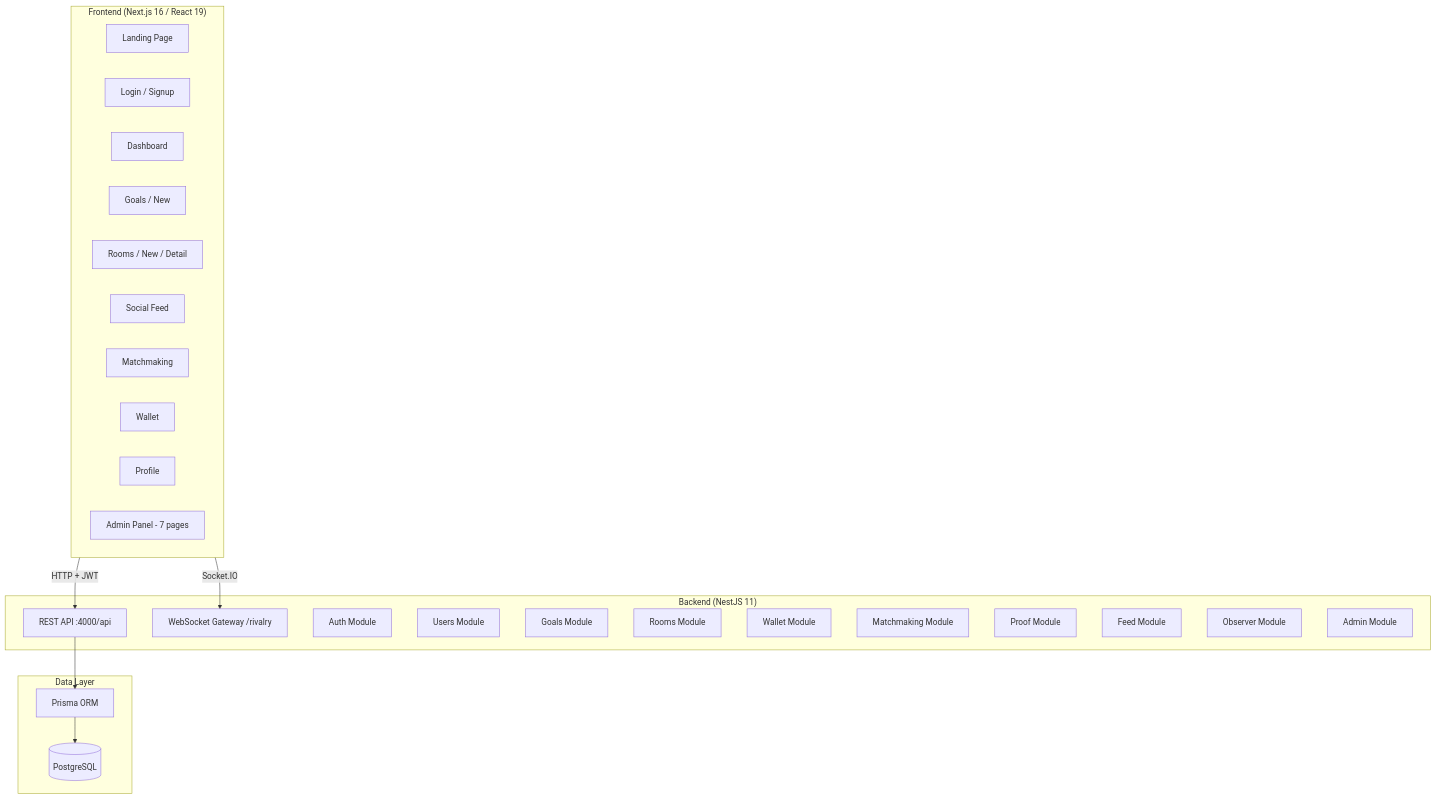
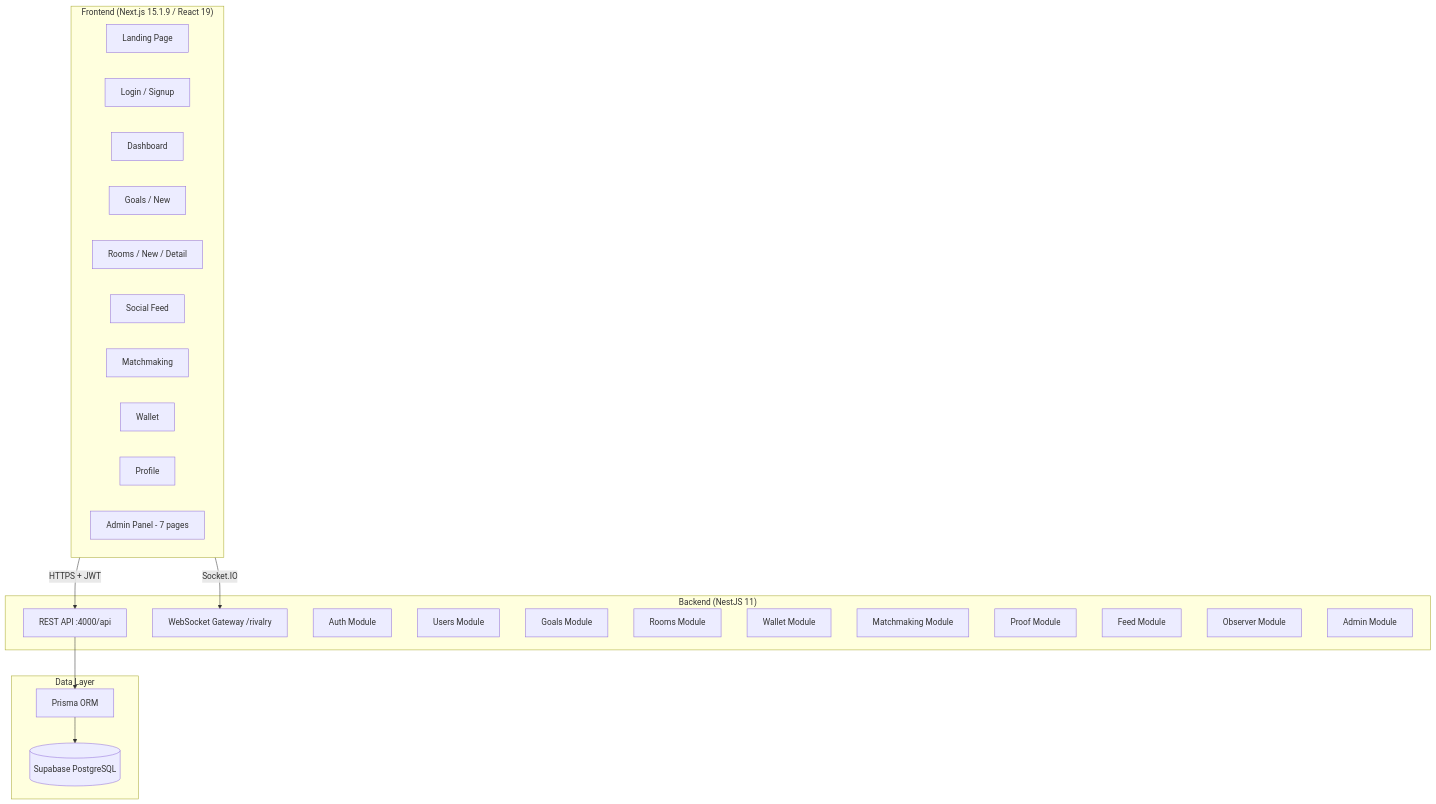
Before and after one commit to Fatihmaull/rivalry: the diagram in CODEBASE_ASSESSMENT.md, drawn with Mermaid. The commit also changed other lines of this file, not shown here.

````diff
--- a/CODEBASE_ASSESSMENT.md
+++ b/CODEBASE_ASSESSMENT.md
@@ -11,39 +37,39 @@
 ```mermaid
 graph TB
-    subgraph Frontend["Frontend (Next.js 16 / React 19)"]
+    subgraph Frontend["Frontend (Next.js 15.1.9 / React 19)"]
         LP[Landing Page]
         Auth[Login / Signup]
         Dash[Dashboard]
         Goals[Goals / New]
         Rooms[Rooms / New / Detail]
         Feed[Social Feed]
         Match[Matchmaking]
         Wallet[Wallet]
         Profile[Profile]
         Admin[Admin Panel - 7 pages]
     end
     
     subgraph Backend["Backend (NestJS 11)"]
         API[REST API :4000/api]
         WS[WebSocket Gateway /rivalry]
         AuthMod[Auth Module]
         UsersMod[Users Module]
         GoalsMod[Goals Module]
         RoomsMod[Rooms Module]
         WalletMod[Wallet Module]
         MatchMod[Matchmaking Module]
         ProofMod[Proof Module]
         FeedMod[Feed Module]
         ObsMod[Observer Module]
         AdminMod[Admin Module]
     end
     
     subgraph Data["Data Layer"]
         Prisma[Prisma ORM]
-        PG[(PostgreSQL)]
+        PG[(Supabase PostgreSQL)]
     end
     
-    Frontend -->|HTTP + JWT| API
+    Frontend -->|HTTPS + JWT| API
     Frontend -->|Socket.IO| WS
     API --> Prisma --> PG
 ```
````
